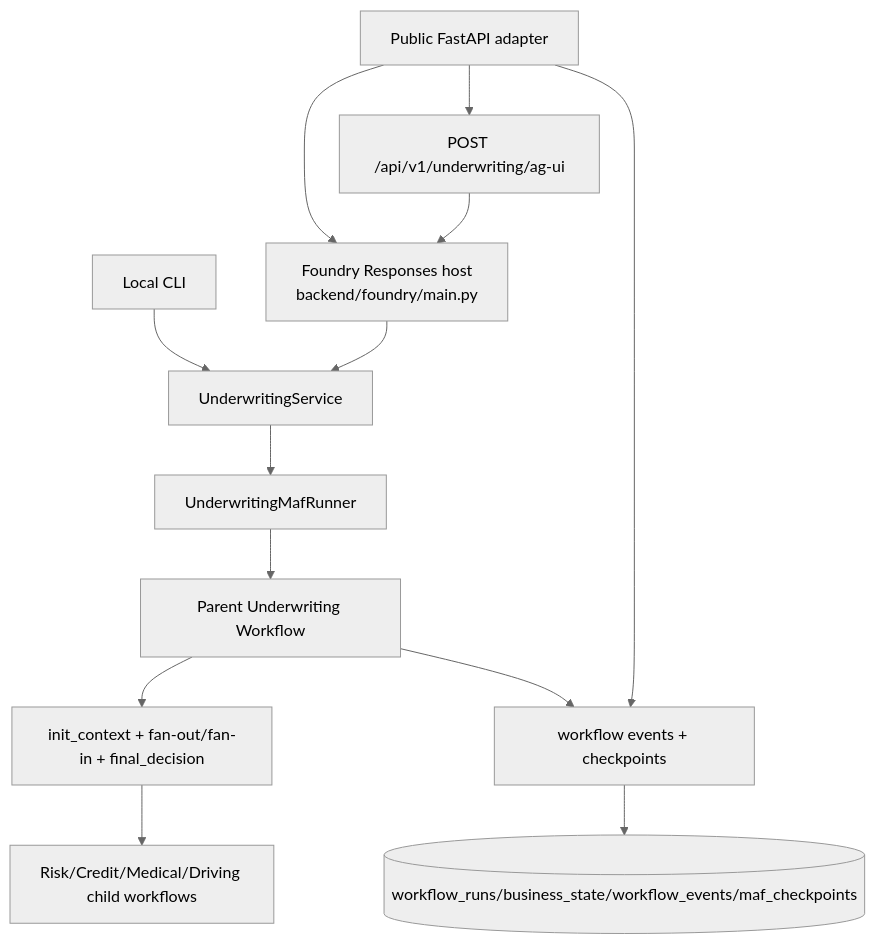
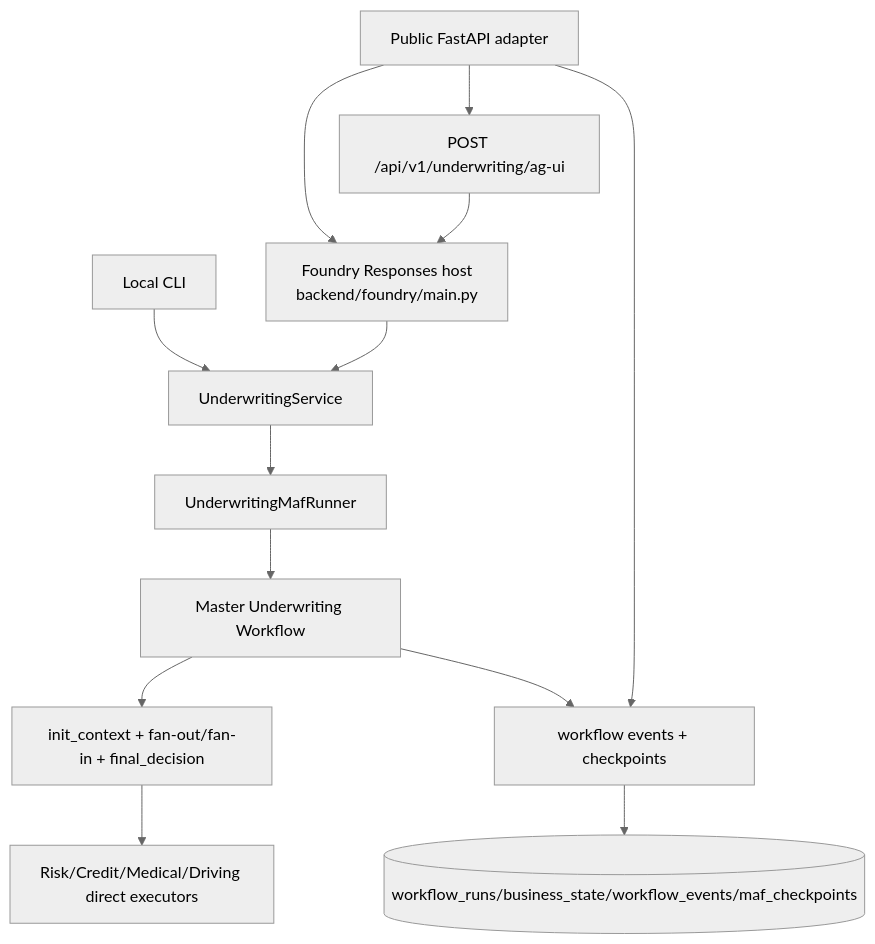
One commit to ppenumatsa1/maf-monorepo changed the third of 4 diagrams in agents/underwriting/foundry-public/docs/design/architecture.md. Above: the diagram before and after it, drawn with Mermaid (neutral theme). The commit also changed other lines of this file and 30 other files, not shown here.

First line of the commit message:
refactor(underwriting): flatten Foundry workflow into direct master executors

````diff
--- a/agents/underwriting/foundry-public/docs/design/architecture.md
+++ b/agents/underwriting/foundry-public/docs/design/architecture.md
@@ -147,15 +147,15 @@
 ```mermaid
 flowchart TD
   A[Local CLI] --> SVC[UnderwritingService]
   B[Public FastAPI adapter] --> HOSTED[Foundry Responses host\nbackend/foundry/main.py]
   HOSTED --> SVC
   SVC --> RUN[UnderwritingMafRunner]
-  RUN --> WF[Parent Underwriting Workflow]
+  RUN --> WF[Master Underwriting Workflow]
   WF --> EX[init_context + fan-out/fan-in + final_decision]
-  EX --> CHILD[Risk/Credit/Medical/Driving child workflows]
+  EX --> CHECKS[Risk/Credit/Medical/Driving direct executors]
   WF --> EVT[workflow events + checkpoints]
   EVT --> DB[(workflow_runs/business_state/workflow_events/maf_checkpoints)]
   B --> AGUI[POST /api/v1/underwriting/ag-ui]
   AGUI --> HOSTED
   B --> EVT
 ```
````
